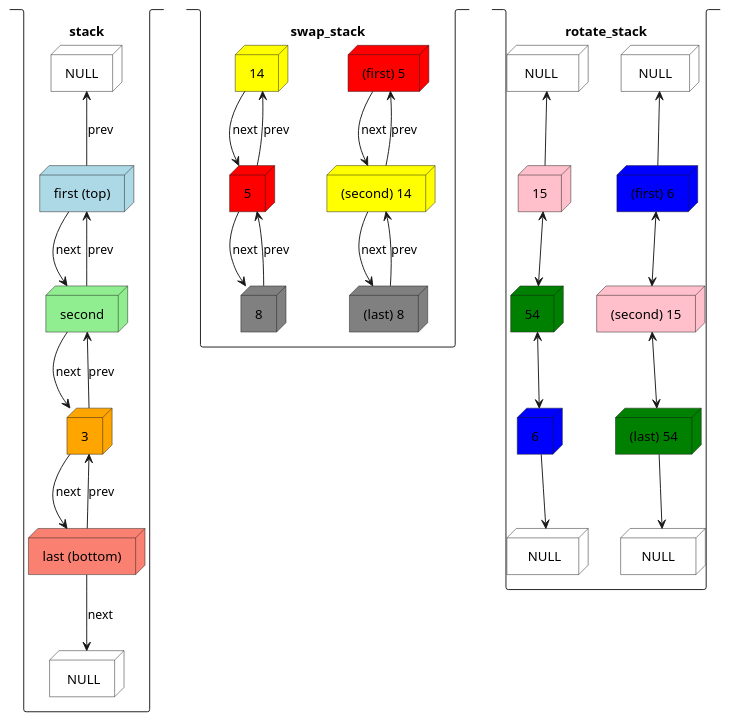
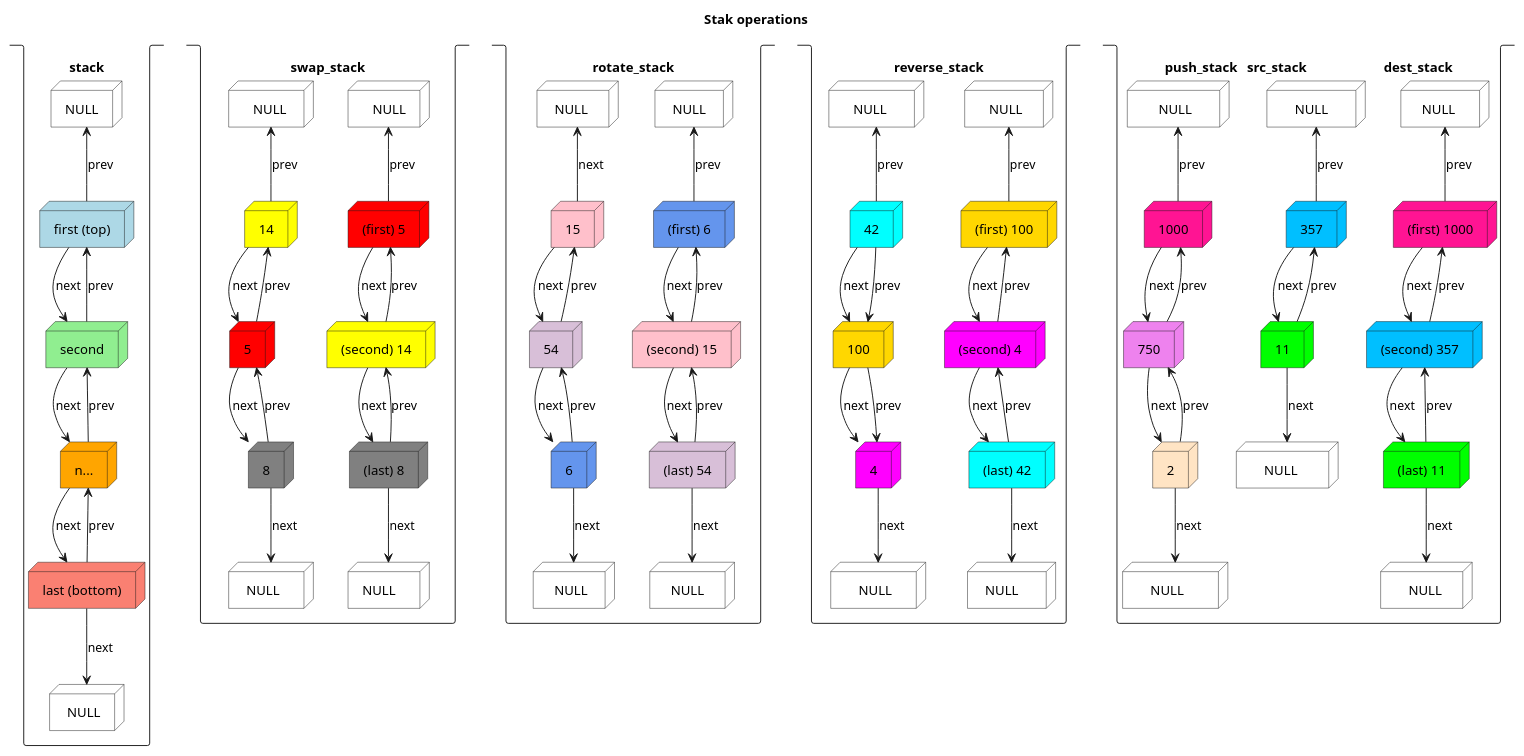
Before and after one commit to martinaradkovicova-lgtm/ft_push_swap: the diagram in stack_diagram.puml, drawn with PlantUML.

```diff
--- a/stack_diagram.puml
+++ b/stack_diagram.puml
@@ -1,57 +1,135 @@
 @startuml
+
+title Stak operations
+
 stack stack {
 node NULL #white
 node "first (top)" #LightBlue
 node second #LightGreen
-node 3 #Orange
+node n... #Orange
 node "last (bottom)" #salmon
 node " NULL" #white
 NULL <-- "first (top)" : prev
 "first (top)" --> second : next
 "first (top)" <-- second : prev
-second --> 3 : next
-second <-- 3 : prev
-3 --> "last (bottom)" : next
-3 <-- "last (bottom)" : prev
+second --> n... : next
+second <-- n... : prev
+n... --> "last (bottom)" : next
+n... <-- "last (bottom)" : prev
 "last (bottom)" --> " NULL" : next
 }
 
 stack swap_stack {
+node "   NULL" #white
 node "(first) 5" #red
 node "(second) 14" #yellow
 node "(last) 8" #grey
+node "NULL   " #white
+"   NULL" <-- "(first) 5" : prev
 "(first) 5" --> "(second) 14" : next
 "(first) 5" <-- "(second) 14" : prev
 "(second) 14" --> "(last) 8" : next
 "(second) 14" <-- "(last) 8" : prev
+"(last) 8" --> "NULL   " : next
+
+node "   NULL " #white
 node 14 #yellow
 node 5 #red
 node 8 #grey
+node " NULL   " #white
+"   NULL " <-- 14 : prev
 14 --> 5 : next
 5-->14 : prev 
 5 --> 8 : next
 5 <-- 8 : prev
+8 --> " NULL   " : next
 }
 
 stack rotate_stack {
-node "(first) 6" #blue
+node "(first) 6" #CornFlowerBlue
 node "(second) 15" #pink
-node "(last) 54" #green
+node "(last) 54" #Thistle
 node "  NULL  " #white
 node " NULL " #white
-" NULL " <-- "(first) 6"
-"(first) 6" <--> "(second) 15"
-"(second) 15" <--> "(last) 54"
-"(last) 54" --> "  NULL  "
+" NULL " <-- "(first) 6" : prev
+"(first) 6" --> "(second) 15" : next
+"(first) 6" <-- "(second) 15" : prev
+"(second) 15" --> "(last) 54" : next
+"(second) 15" <-- "(last) 54" : prev
+"(last) 54" --> "  NULL  " : next
 node 15 #pink
-node 54 #green
-node 6 #blue
+node 54 #Thistle
+node 6 #CornFlowerBlue
 node " NULL  " #white
 node "  NULL " #white
-" NULL  " <--15
-15<-->54
-6-->"  NULL "
-54<-->6
+" NULL  " <--15 : next
+15 --> 54 : next
+54 --> 15 : prev
+54 --> 6 : next
+6-->"  NULL " : next
+54 <-- 6 : prev
 }
 
+stack reverse_stack {
+node "(first) 100" #gold
+node "(second) 4" #magenta
+node "(last) 42" #Cyan
+node "   NULL  " #white
+node " NULL    " #white
+"   NULL  " <-- "(first) 100" : prev
+"(first) 100" --> "(second) 4" : next
+"(first) 100" <-- "(second) 4" : prev
+"(second) 4" --> "(last) 42" : next
+"(second) 4" <-- "(last) 42" : prev
+"(last) 42" --> " NULL    " : next
+node "   NULL    " #white
+node 4 #magenta
+node 100 #gold
+node 42 #cyan
+node "    NULL   " #white
+
+"   NULL    " <-- 42 : prev
+42 --> 100 : next
+42 --> 100 : prev
+100 --> 4 : next
+4 <-- 100 : prev
+4 -->"    NULL   " : next
+
+}
+
+stack "push_stack\tsrc_stack\t\t\tdest_stack" {
+node "  NULL   " #white
+node "(first) 1000" #DeepPink
+node "(second) 357" #DeepSkyBlue
+node "(last) 11" #Lime
+node "    NULL  " #white
+
+"  NULL   " <-- "(first) 1000" :prev
+"(first) 1000" --> "(second) 357":next
+"(first) 1000" <-- "(second) 357":prev
+"(second) 357" --> "(last) 11" :next
+"(second) 357" <-- "(last) 11" :prev
+"(last) 11" --> "    NULL  " :next
+
+node "    NULL    " #white
+node 357 #DeepSkyBlue
+node 11 #Lime
+node "    NULL     " #white
+"    NULL    " <-- 357 :prev
+357 --> 11 : next
+11 --> 357 : prev
+11 --> "    NULL     " : next
+
+node "     NULL    " #white
+node 1000 #DeepPink
+node 750 #Violet
+node 2 #Bisque
+node "    NULL      " #white
+"     NULL    " <-- 1000 :prev
+1000 --> 750 : next
+750 --> 1000 : prev
+750 --> 2 : next
+2 --> 750 : prev
+2 --> "    NULL      " : next
+}
 @enduml
```
